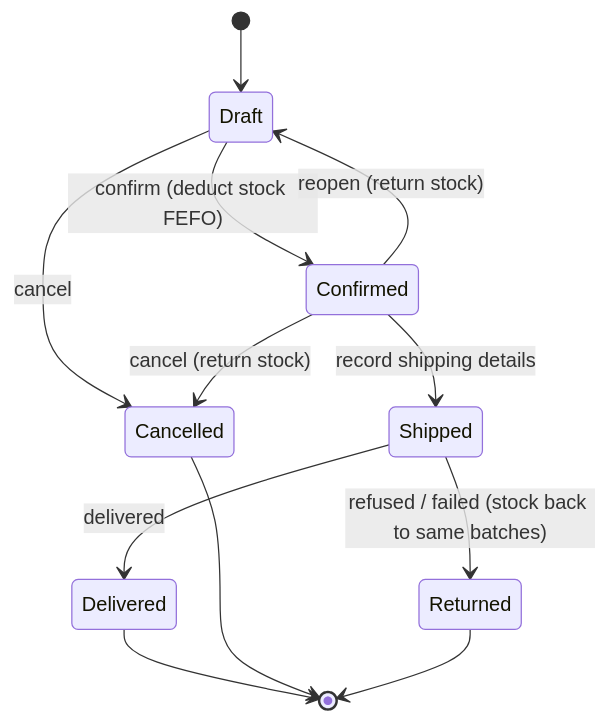
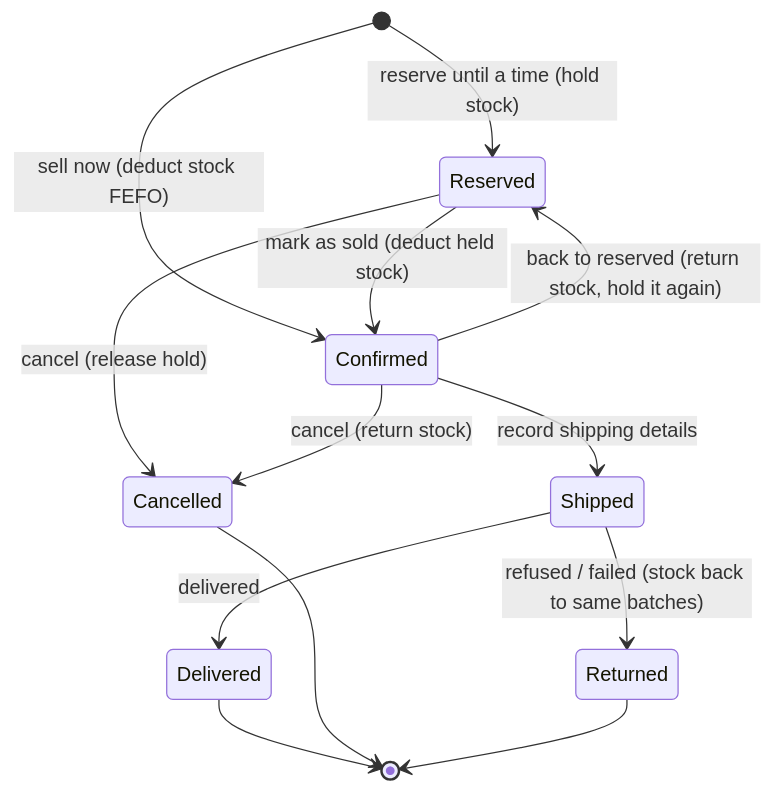
One commit to razanhasbini/alara-erp changed the first of 2 diagrams in docs/architecture.md. Above: the diagram before and after it, drawn with Mermaid. The commit also changed other lines of this file and 60 other files, not shown here.

````diff
--- a/docs/architecture.md
+++ b/docs/architecture.md
@@ -149,14 +149,15 @@
 ```mermaid
 stateDiagram-v2
-    [*] --> Draft
-    Draft --> Confirmed: confirm (deduct stock FEFO)
-    Draft --> Cancelled: cancel
-    Confirmed --> Draft: reopen (return stock)
+    [*] --> Reserved: reserve until a time (hold stock)
+    [*] --> Confirmed: sell now (deduct stock FEFO)
+    Reserved --> Confirmed: mark as sold (deduct held stock)
+    Reserved --> Cancelled: cancel (release hold)
+    Confirmed --> Reserved: back to reserved (return stock, hold it again)
     Confirmed --> Shipped: record shipping details
     Confirmed --> Cancelled: cancel (return stock)
     Shipped --> Delivered: delivered
     Shipped --> Returned: refused / failed (stock back to same batches)
     Delivered --> [*]
     Cancelled --> [*]
     Returned --> [*]
 ```
````
